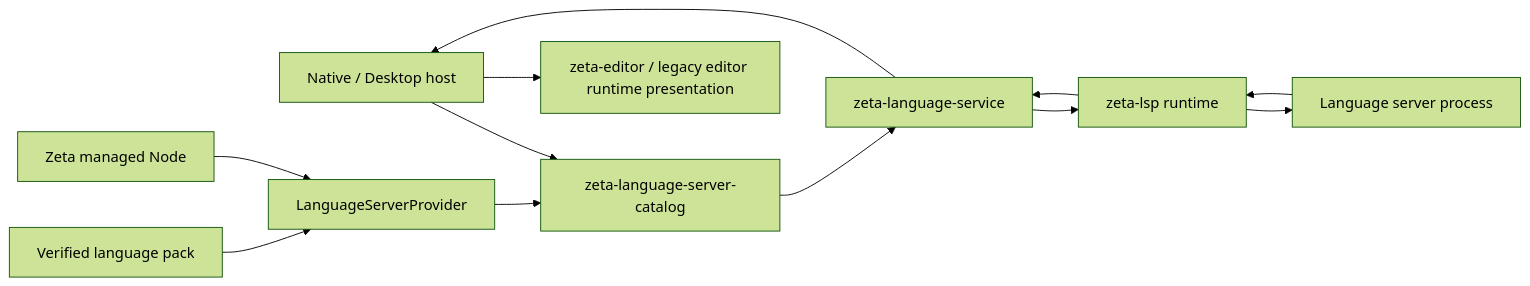
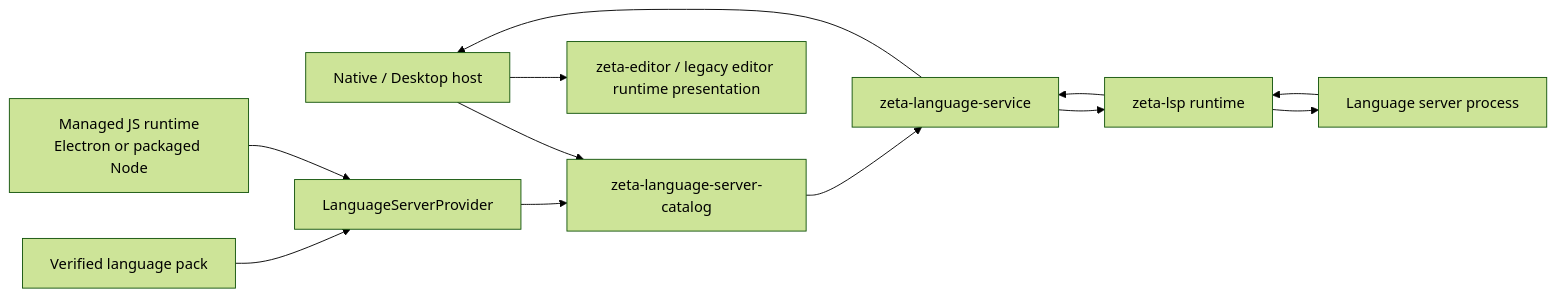
The diagram in docs/lsp.md (chogng/zeta), drawn with Mermaid (forest theme) before and after one commit. The commit also changed other lines of this file and 17 other files, not shown here.

First line of the commit message:
feat: introduce host-provided Node runtime variant and update package layout

````diff
--- a/docs/lsp.md
+++ b/docs/lsp.md
@@ -41,14 +41,14 @@
 ```mermaid
 flowchart LR
     Host["Native / Desktop host"] --> Catalog["zeta-language-server-catalog"]
     Pack["Verified language pack"] --> Provider["LanguageServerProvider"]
-    Node["Zeta managed Node"] --> Provider
+    Node["Managed JS runtime<br/>Electron or packaged Node"] --> Provider
     Provider --> Catalog
     Catalog --> Service["zeta-language-service"]
     Service --> Runtime["zeta-lsp runtime"]
     Runtime --> Server["Language server process"]
     Server --> Runtime
     Runtime --> Service
     Service --> Host
     Host --> Editor["zeta-editor / legacy editor runtime presentation"]
 ```
````
